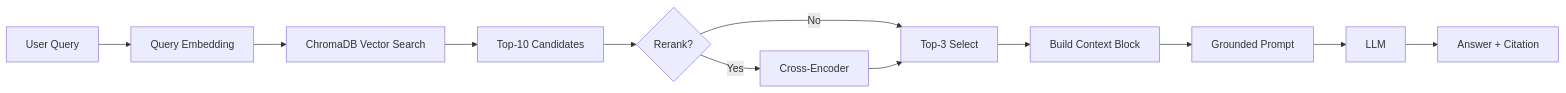
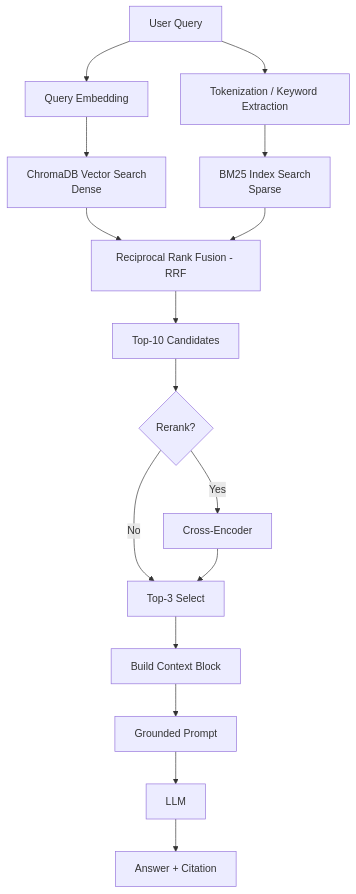
Before and after one commit to dunglk85/VinAI_Lab_day08_nhom04_403: the diagram in docs/architecture.md, drawn with Mermaid.

````diff
--- a/docs/architecture.md
+++ b/docs/architecture.md
@@ -122,14 +122,23 @@
 ```mermaid
-graph LR
-    A[User Query] --> B[Query Embedding]
-    B --> C[ChromaDB Vector Search]
-    C --> D[Top-10 Candidates]
-    D --> E{Rerank?}
-    E -->|Yes| F[Cross-Encoder]
-    E -->|No| G[Top-3 Select]
-    F --> G
-    G --> H[Build Context Block]
-    H --> I[Grounded Prompt]
-    I --> J[LLM]
-    J --> K[Answer + Citation]
+graph TD
+    A[User Query] --> B1[Query Embedding]
+    A --> B2[Tokenization / Keyword Extraction]
+    
+    B1 --> C1[ChromaDB Vector Search <br> Dense]
+    B2 --> C2[BM25 Index Search <br> Sparse]
+    
+    C1 --> D[Reciprocal Rank Fusion - RRF]
+    C2 --> D
+    
+    D --> E[Top-10 Candidates]
+    
+    E --> F{Rerank?}
+    F -->|Yes| G[Cross-Encoder]
+    F -->|No| H[Top-3 Select]
+    
+    G --> H
+    H --> I[Build Context Block]
+    I --> J[Grounded Prompt]
+    J --> K[LLM]
+    K --> L[Answer + Citation]
 ```
````
